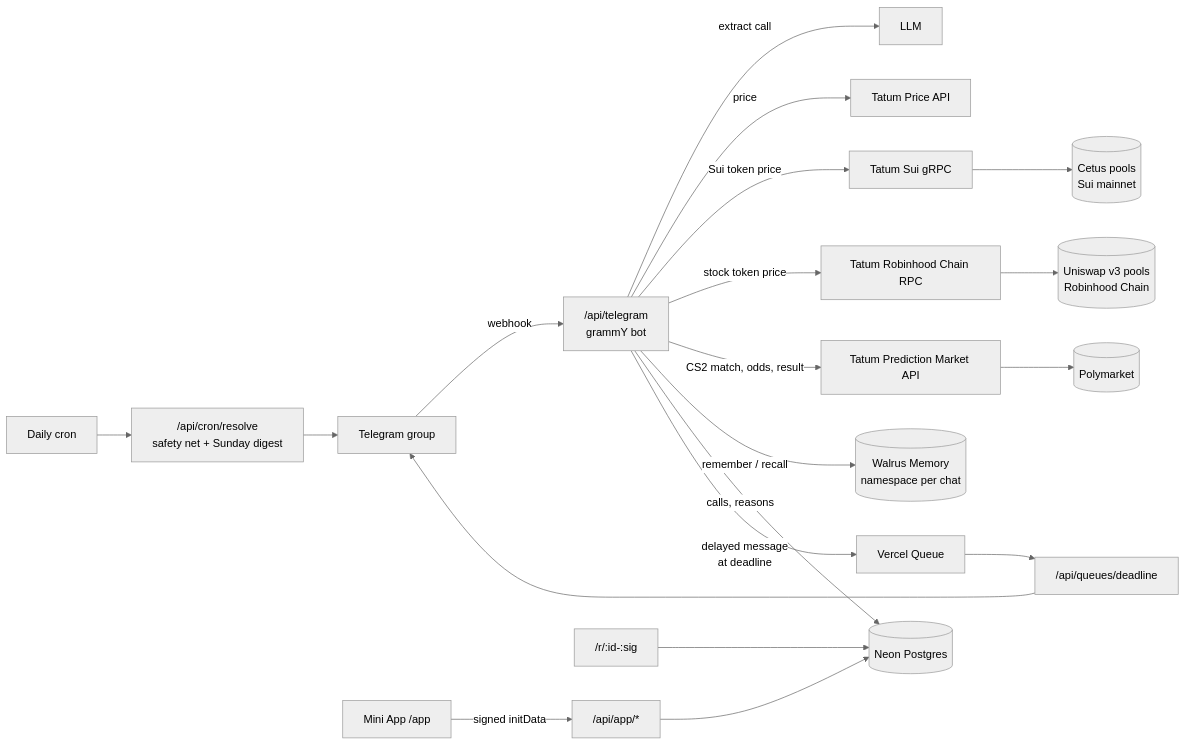
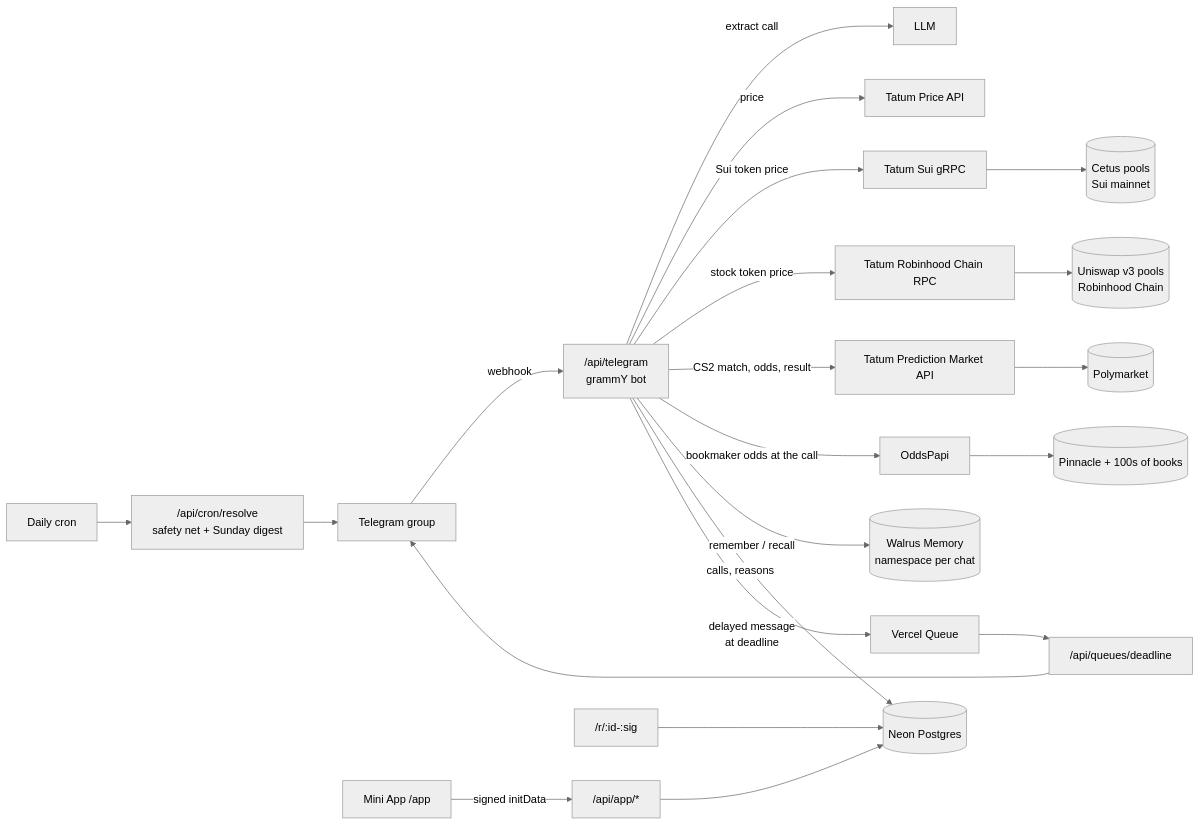
Before and after one commit to stkalper/MyKoll: the diagram in README.md, drawn with Mermaid (neutral theme). The commit also changed other lines of this file and 11 other files, not shown here.

````diff
--- a/README.md
+++ b/README.md
@@ -267,15 +268,16 @@
 ```mermaid
 flowchart LR
   TG[Telegram group] -- webhook --> BOT["/api/telegram<br/>grammY bot"]
   BOT -- extract call --> LLM[LLM]
   BOT -- price --> TATUM[Tatum Price API]
   BOT -- Sui token price --> GRPC[Tatum Sui gRPC] --> CETUS[(Cetus pools<br/>Sui mainnet)]
   BOT -- stock token price --> RH[Tatum Robinhood Chain RPC] --> UNI[(Uniswap v3 pools<br/>Robinhood Chain)]
   BOT -- CS2 match, odds, result --> PRED[Tatum Prediction Market API] --> PM[(Polymarket)]
+  BOT -- bookmaker odds at the call --> ODDS[OddsPapi] --> BOOKS[(Pinnacle + 100s of books)]
   BOT -- remember / recall --> WALRUS[(Walrus Memory<br/>namespace per chat)]
   BOT -- calls, reasons --> DB[(Neon Postgres)]
   BOT -- delayed message<br/>at deadline --> Q[Vercel Queue] --> SETTLE["/api/queues/deadline"] --> TG
   CRON[Daily cron] --> RESOLVE["/api/cron/resolve<br/>safety net + Sunday digest"] --> TG
   MINI[Mini App /app] -- signed initData --> API["/api/app/*"] --> DB
   SHARE["/r/:id-:sig"] --> DB
 ```
````
